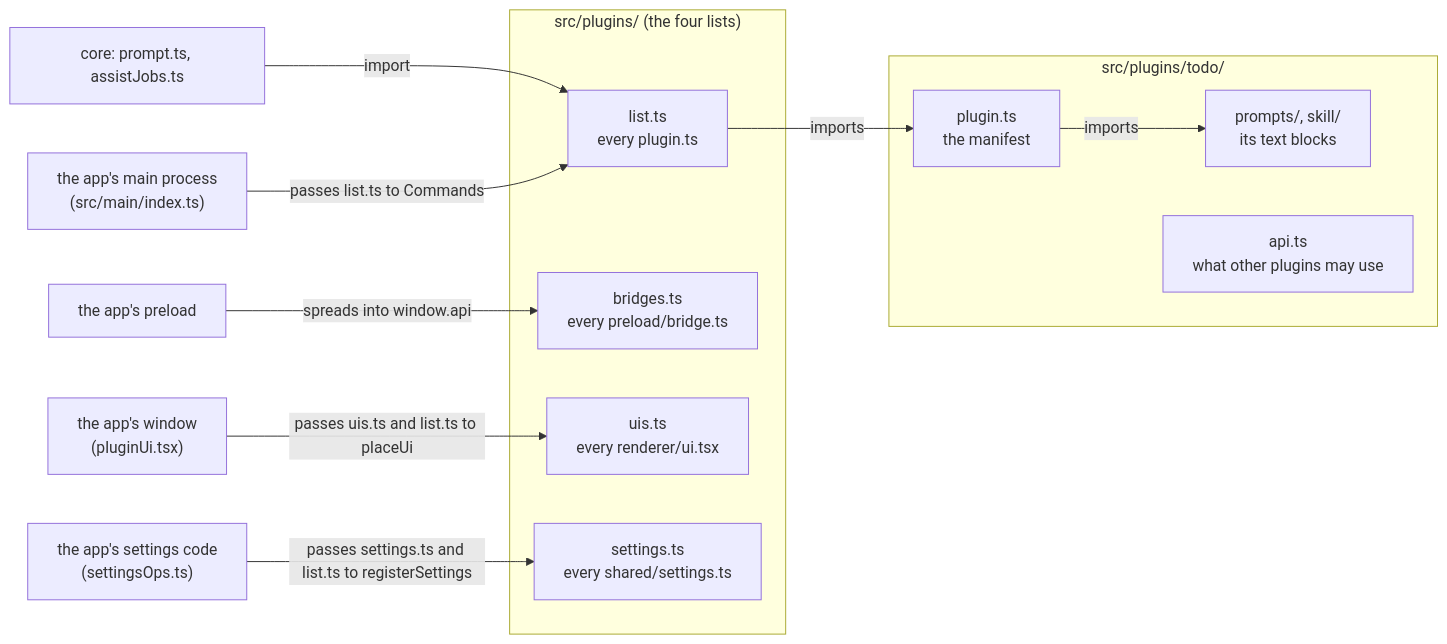
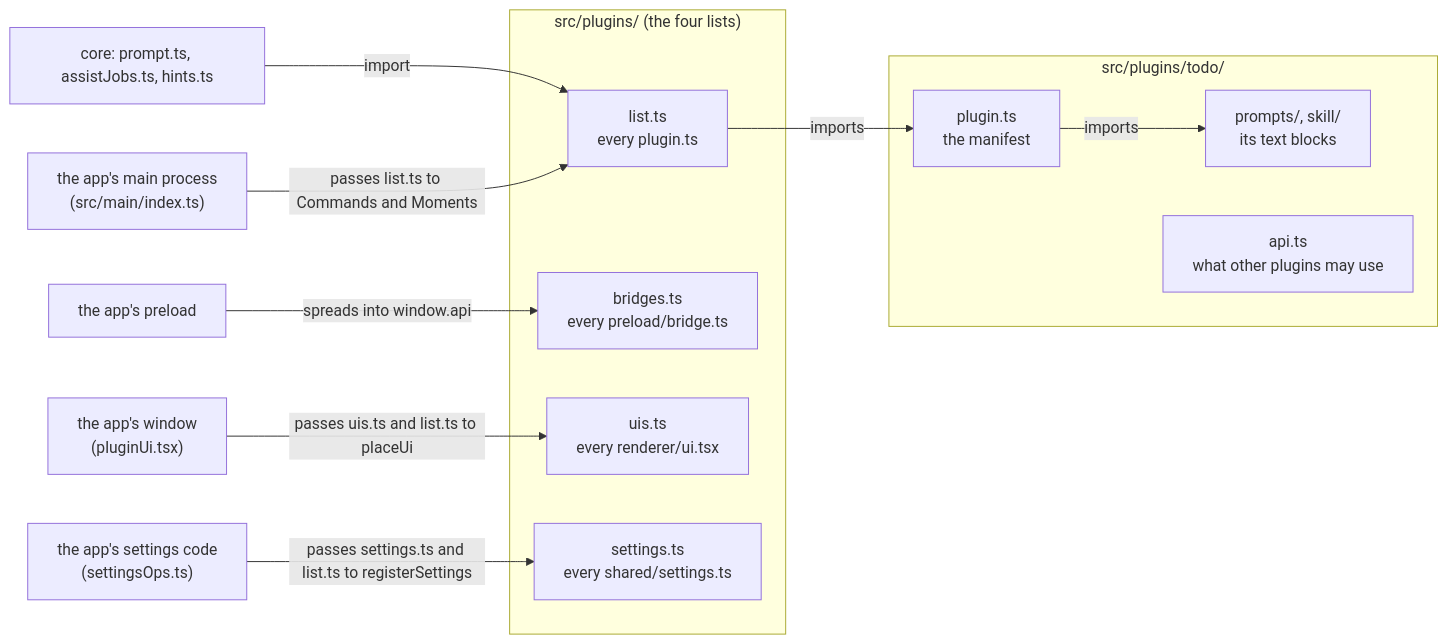
One commit to superkoh/koloft changed the first of 2 diagrams in docs/plugin-format.md. Above: the diagram before and after it, drawn with Mermaid. The commit also changed other lines of this file and 1 other file, not shown here.

````diff
--- a/docs/plugin-format.md
+++ b/docs/plugin-format.md
@@ -118,21 +122,21 @@
 ```mermaid
 flowchart LR
   subgraph lists["src/plugins/ (the four lists)"]
     list["list.ts<br/>every plugin.ts"]
     bridges["bridges.ts<br/>every preload/bridge.ts"]
     uis["uis.ts<br/>every renderer/ui.tsx"]
     settings["settings.ts<br/>every shared/settings.ts"]
   end
-  prompt["core: prompt.ts, assistJobs.ts"] -->|import| list
-  appMain["the app's main process<br/>(src/main/index.ts)"] -->|"passes list.ts to Commands"| list
+  prompt["core: prompt.ts, assistJobs.ts, hints.ts"] -->|import| list
+  appMain["the app's main process<br/>(src/main/index.ts)"] -->|"passes list.ts to Commands and Moments"| list
   preload["the app's preload"] -->|spreads into window.api| bridges
   window["the app's window<br/>(pluginUi.tsx)"] -->|"passes uis.ts and list.ts to placeUi"| uis
   settingsOps["the app's settings code<br/>(settingsOps.ts)"] -->|"passes settings.ts and list.ts to registerSettings"| settings
   list -->|imports| manifest
   subgraph plugin["src/plugins/todo/"]
     manifest["plugin.ts<br/>the manifest"]
     text["prompts/, skill/<br/>its text blocks"]
     api["api.ts<br/>what other plugins may use"]
   end
   manifest -->|imports| text
 ```
````
